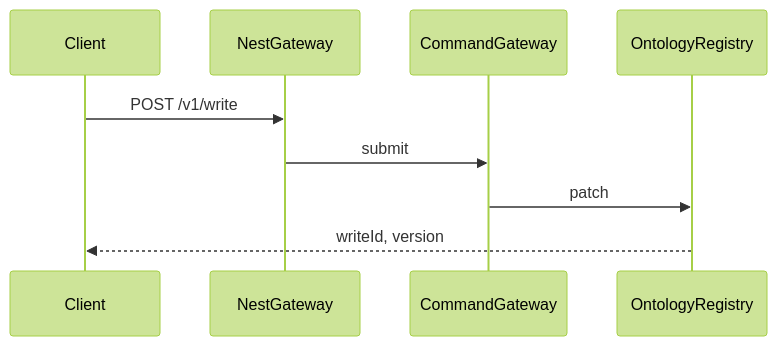
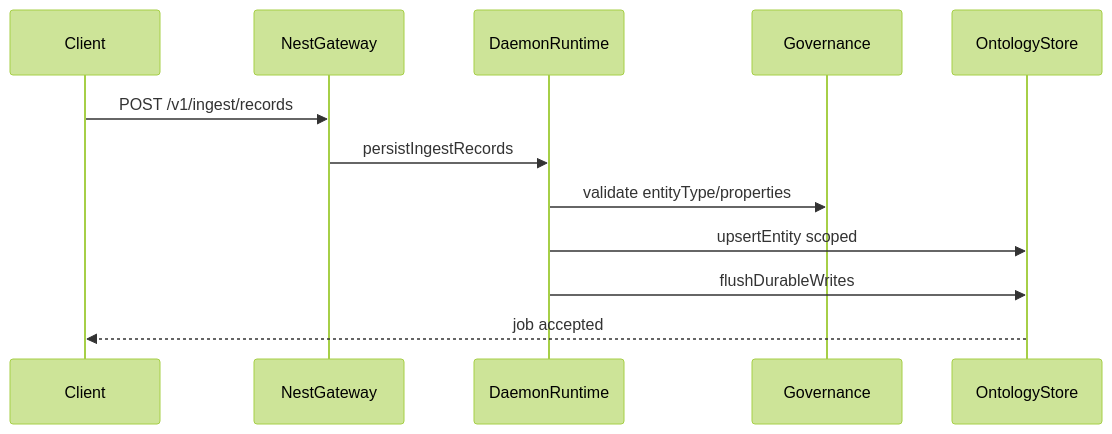
Before and after one commit to mzf11125/DAEMON: the fifth of 6 diagrams in docs/07-sequence-flows.md, drawn with Mermaid (forest theme). The commit also changed other lines of this file and 142 other files, not shown here.

First line of the commit message:
Wire governance, durability, and gateway runtime for commercial ontology SSOT.

````diff
--- a/docs/07-sequence-flows.md
+++ b/docs/07-sequence-flows.md
@@ -31,11 +73,14 @@
 ```mermaid
 sequenceDiagram
   participant Client
   participant GW as NestGateway
-  participant CG as CommandGateway
-  participant Ont as OntologyRegistry
-  Client->>GW: POST /v1/write
-  GW->>CG: submit
-  CG->>Ont: patch
-  Ont-->>Client: writeId, version
+  participant RT as DaemonRuntime
+  participant GOV as Governance
+  participant Ont as OntologyStore
+  Client->>GW: POST /v1/ingest/records
+  GW->>RT: persistIngestRecords
+  RT->>GOV: validate entityType/properties
+  RT->>Ont: upsertEntity scoped
+  RT->>Ont: flushDurableWrites
+  Ont-->>Client: job accepted
 ```
````
